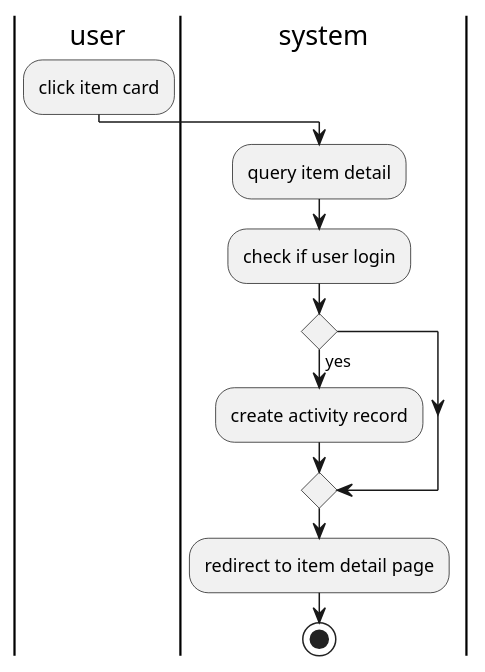
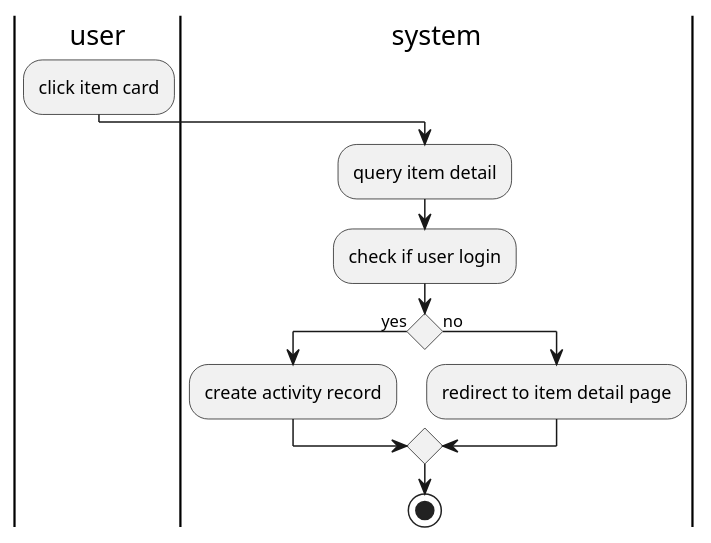
One commit to aldihsuhandi/skripsi-2023 changed the diagram in uml diagram/activity diagram/10. see item detail.pu. Above: the diagram before and after it, drawn with PlantUML. The commit also changed 15 other files, not shown here.

Commit message:
add missing true false annotations in activity diagram

```diff
--- a/uml diagram/activity diagram/10. see item detail.pu
+++ b/uml diagram/activity diagram/10. see item detail.pu
@@ -1,12 +1,13 @@
 @startuml see item detail
 |user|
 :click item card;
 |system|
 :query item detail;
 :check if user login;
 if () then (yes)
 :create activity record;
+else (no)
+    :redirect to item detail page;
 endif
-:redirect to item detail page;
 stop
 @enduml
```
